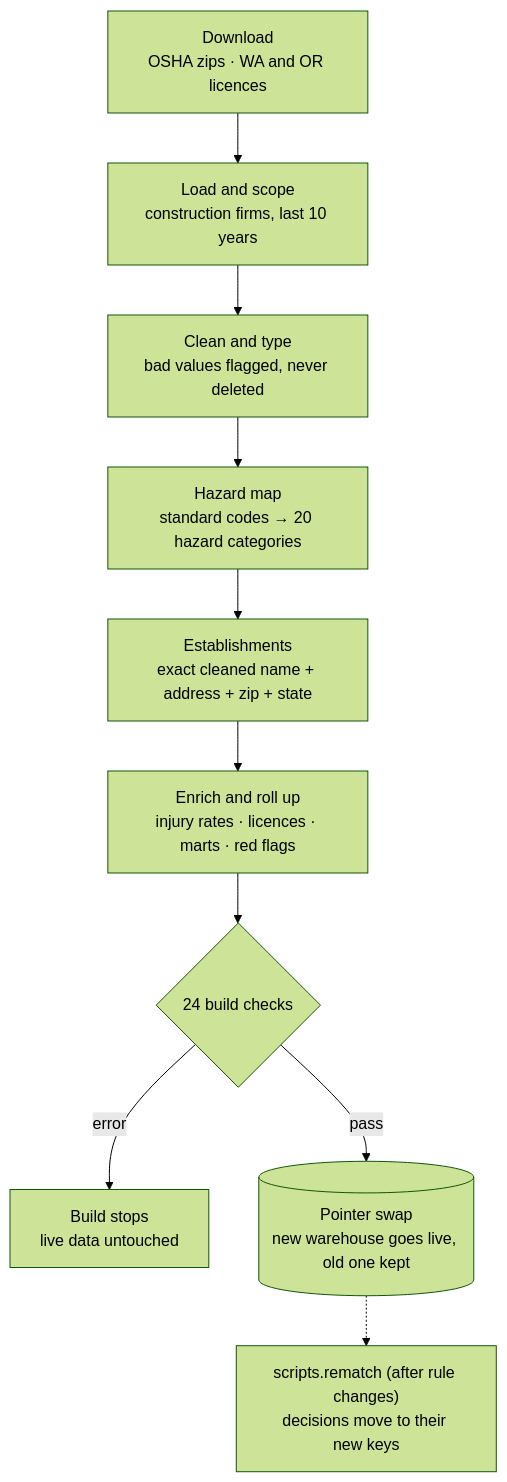
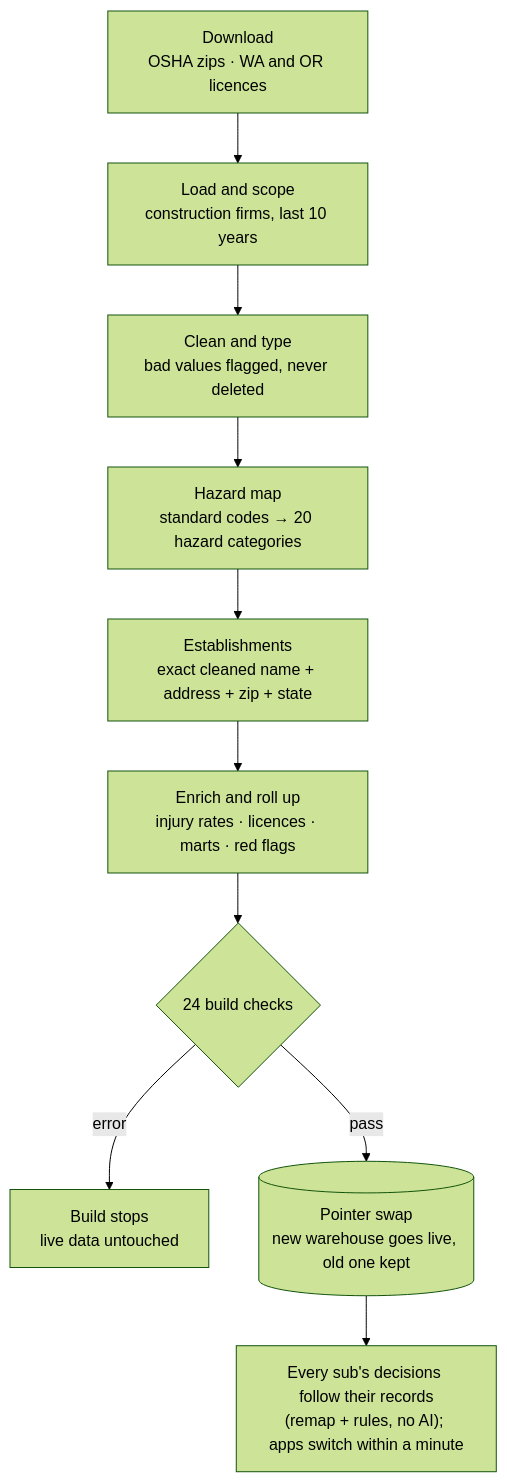
The second of 5 diagrams in README.md (peterhyland0/site-safety-intelligence), drawn with Mermaid (forest theme) before and after one commit. The commit also changed other lines of this file and 16 other files, not shown here.

````diff
--- a/README.md
+++ b/README.md
@@ -71,17 +71,17 @@
 ```mermaid
 flowchart TB
   dl["Download<br/>OSHA zips · WA and OR licences"]
   scope["Load and scope<br/>construction firms, last 10 years"]
   clean["Clean and type<br/>bad values flagged, never deleted"]
   haz["Hazard map<br/>standard codes → 20 hazard categories"]
   est["Establishments<br/>exact cleaned name + address + zip + state"]
   enr["Enrich and roll up<br/>injury rates · licences · marts · red flags"]
   chk{"24 build checks"}
   stop["Build stops<br/>live data untouched"]
   swap[("Pointer swap<br/>new warehouse goes live, old one kept")]
-  rem["scripts.rematch (after rule changes)<br/>decisions move to their new keys"]
+  rem["Every sub's decisions follow their records<br/>(remap + rules, no AI); apps switch within a minute"]
   dl --> scope --> clean --> haz --> est --> enr --> chk
   chk -- "error" --> stop
   chk -- "pass" --> swap
-  swap -.-> rem
+  swap --> rem
 ```
````
